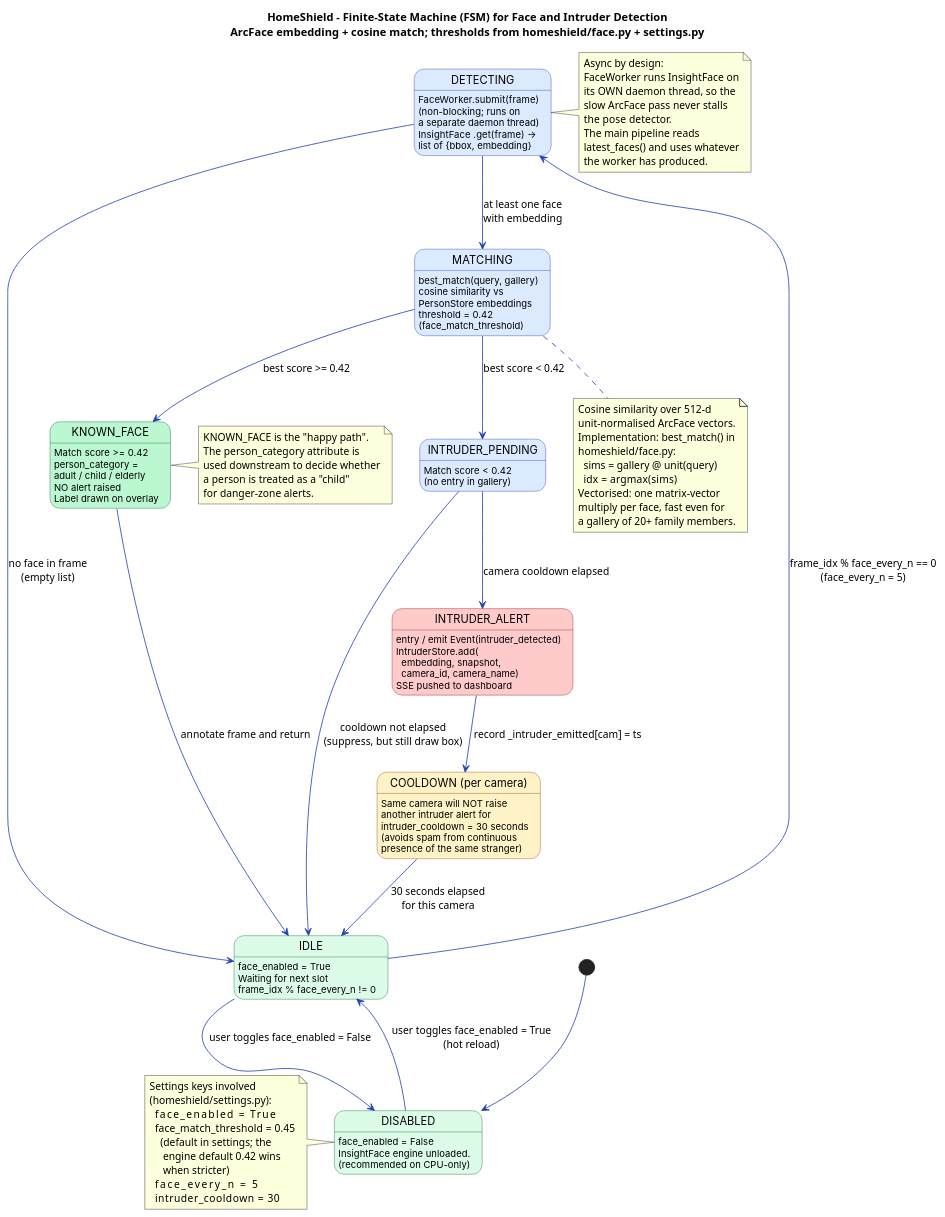
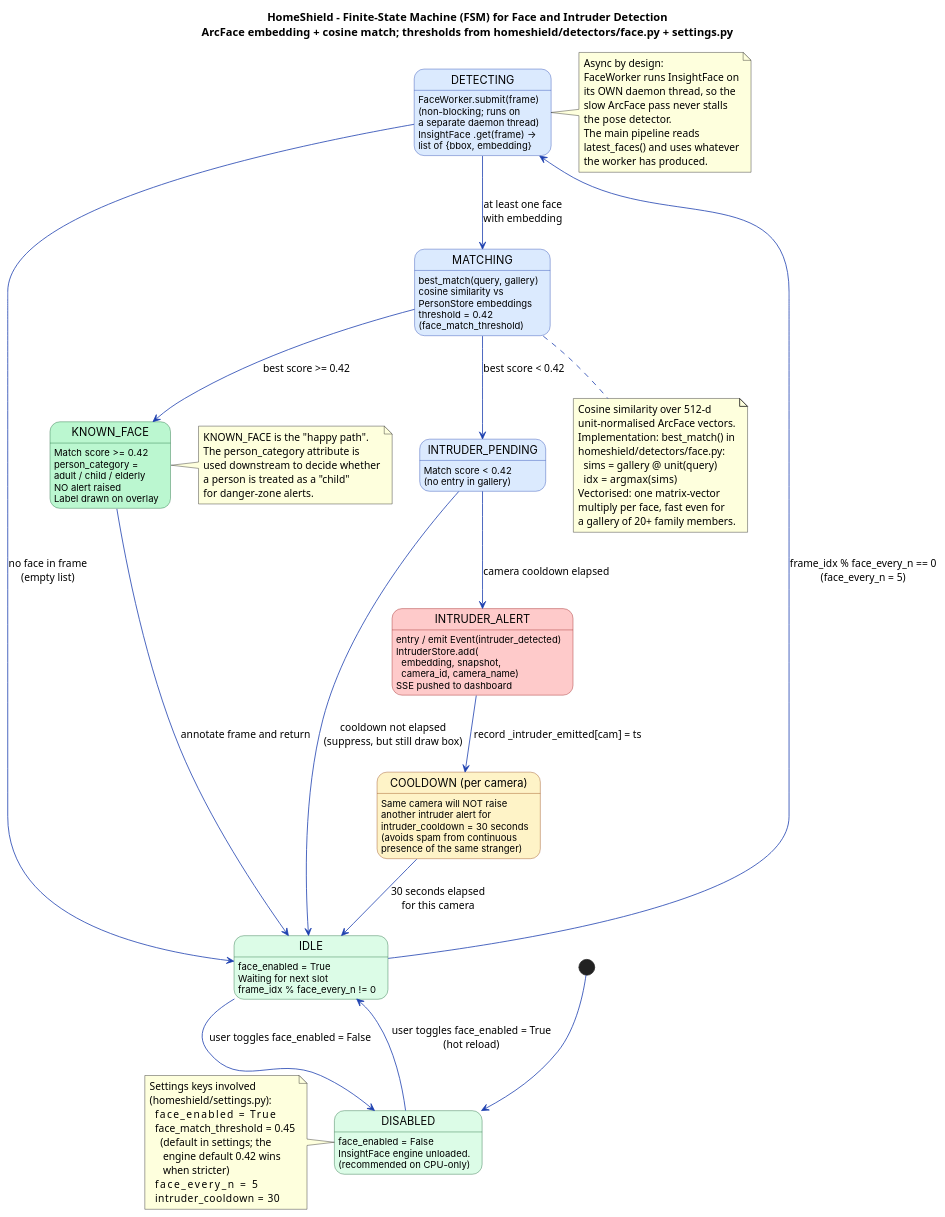
Before and after one commit to salehuddiniwan/HomeShield: the diagram in UML_Diagrams/puml/11_fsm_face_intruder_detection.puml, drawn with PlantUML. The commit also changed 24 other files, not shown here.

First line of the commit message:
Move detectors into homeshield.detectors and add pyproject.toml

```diff
--- a/UML_Diagrams/puml/11_fsm_face_intruder_detection.puml
+++ b/UML_Diagrams/puml/11_fsm_face_intruder_detection.puml
@@ -1,140 +1,140 @@
 @startuml HomeShield FSM - Face / Intruder Detection
-title HomeShield - Finite-State Machine (FSM) for Face and Intruder Detection\nArcFace embedding + cosine match; thresholds from homeshield/face.py + settings.py
+title HomeShield - Finite-State Machine (FSM) for Face and Intruder Detection\nArcFace embedding + cosine match; thresholds from homeshield/detectors/face.py + settings.py
 
 skinparam state {
     BackgroundColor #FFFBEB
     BorderColor     #92400E
     BackgroundColor<<idle>>    #DCFCE7
     BorderColor<<idle>>        #166534
     BackgroundColor<<inspect>> #DBEAFE
     BorderColor<<inspect>>     #1E40AF
     BackgroundColor<<known>>   #BBF7D0
     BorderColor<<known>>       #166534
     BackgroundColor<<alert>>   #FECACA
     BorderColor<<alert>>       #991B1B
     BackgroundColor<<cool>>    #FEF3C7
     BorderColor<<cool>>        #92400E
     FontName Inter
 }
 
 skinparam ArrowColor #1E40AF
 
 [*] --> DISABLED
 
 state "DISABLED" as DISABLED <<idle>> {
     DISABLED : face_enabled = False
     DISABLED : InsightFace engine unloaded.
     DISABLED : (recommended on CPU-only)
 }
 
 state "IDLE" as IDLE <<idle>> {
     IDLE : face_enabled = True
     IDLE : Waiting for next slot
     IDLE : frame_idx % face_every_n != 0
 }
 
 state "DETECTING" as DET <<inspect>> {
     DET : FaceWorker.submit(frame)
     DET : (non-blocking; runs on
     DET : a separate daemon thread)
     DET : InsightFace .get(frame) ->
     DET : list of {bbox, embedding}
 }
 
 state "MATCHING" as MATCH <<inspect>> {
     MATCH : best_match(query, gallery)
     MATCH : cosine similarity vs
     MATCH : PersonStore embeddings
     MATCH : threshold = 0.42\n(face_match_threshold)
 }
 
 state "KNOWN_FACE" as KNOWN <<known>> {
     KNOWN : Match score >= 0.42
     KNOWN : person_category =\nadult / child / elderly
     KNOWN : NO alert raised
     KNOWN : Label drawn on overlay
 }
 
 state "INTRUDER_PENDING" as PENDING <<inspect>> {
     PENDING : Match score < 0.42
     PENDING : (no entry in gallery)
 }
 
 state "INTRUDER_ALERT" as ALERT <<alert>> {
     ALERT : entry / emit Event(intruder_detected)
     ALERT : IntruderStore.add(\n  embedding, snapshot,\n  camera_id, camera_name)
     ALERT : SSE pushed to dashboard
 }
 
 state "COOLDOWN (per camera)" as COOL <<cool>> {
     COOL : Same camera will NOT raise
     COOL : another intruder alert for
     COOL : intruder_cooldown = 30 seconds
     COOL : (avoids spam from continuous
     COOL : presence of the same stranger)
 }
 
 ' ====== Transitions ======
 
 DISABLED --> IDLE          : user toggles face_enabled = True\n(hot reload)
 IDLE     --> DISABLED      : user toggles face_enabled = False
 
 IDLE     --> DET           : frame_idx % face_every_n == 0\n(face_every_n = 5)
 DET      --> IDLE          : no face in frame\n(empty list)
 
 DET      --> MATCH         : at least one face\nwith embedding
 
 MATCH    --> KNOWN         : best score >= 0.42
 MATCH    --> PENDING       : best score < 0.42
 KNOWN    --> IDLE          : annotate frame and return
 
 PENDING  --> ALERT         : camera cooldown elapsed
 PENDING  --> IDLE          : cooldown not elapsed\n(suppress, but still draw box)
 
 ALERT    --> COOL          : record _intruder_emitted[cam] = ts
 COOL     --> IDLE          : 30 seconds elapsed\nfor this camera
 
 note right of DET
   Async by design:
   FaceWorker runs InsightFace on
   its OWN daemon thread, so the
   slow ArcFace pass never stalls
   the pose detector.
   The main pipeline reads
   latest_faces() and uses whatever
   the worker has produced.
 end note
 
 note bottom of MATCH
   Cosine similarity over 512-d
   unit-normalised ArcFace vectors.
   Implementation: best_match() in
-  homeshield/face.py:
+  homeshield/detectors/face.py:
     sims = gallery @ unit(query)
     idx  = argmax(sims)
   Vectorised: one matrix-vector
   multiply per face, fast even for
   a gallery of 20+ family members.
 end note
 
 note left of DISABLED
   Settings keys involved
   (homeshield/settings.py):
     face_enabled          = True
     face_match_threshold  = 0.45
       (default in settings; the
        engine default 0.42 wins
        when stricter)
     face_every_n          = 5
     intruder_cooldown     = 30
 end note
 
 note right of KNOWN
   KNOWN_FACE is the "happy path".
   The person_category attribute is
   used downstream to decide whether
   a person is treated as a "child"
   for danger-zone alerts.
 end note
 
 @enduml
```
